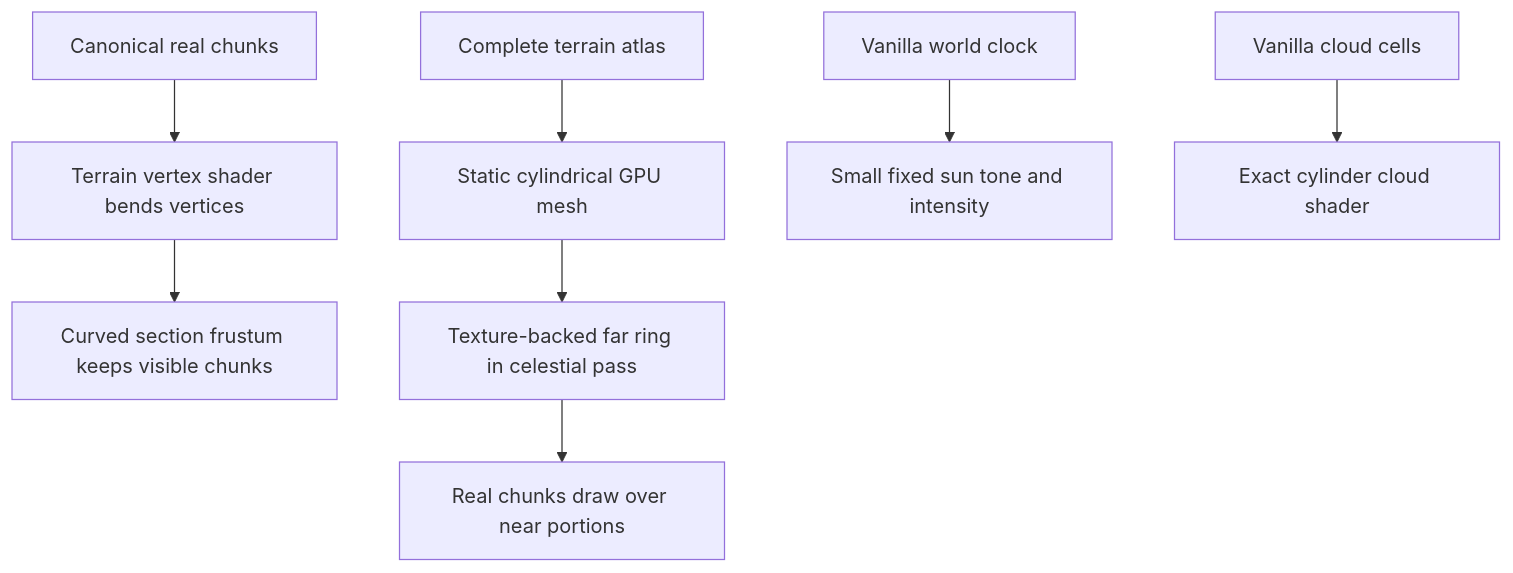
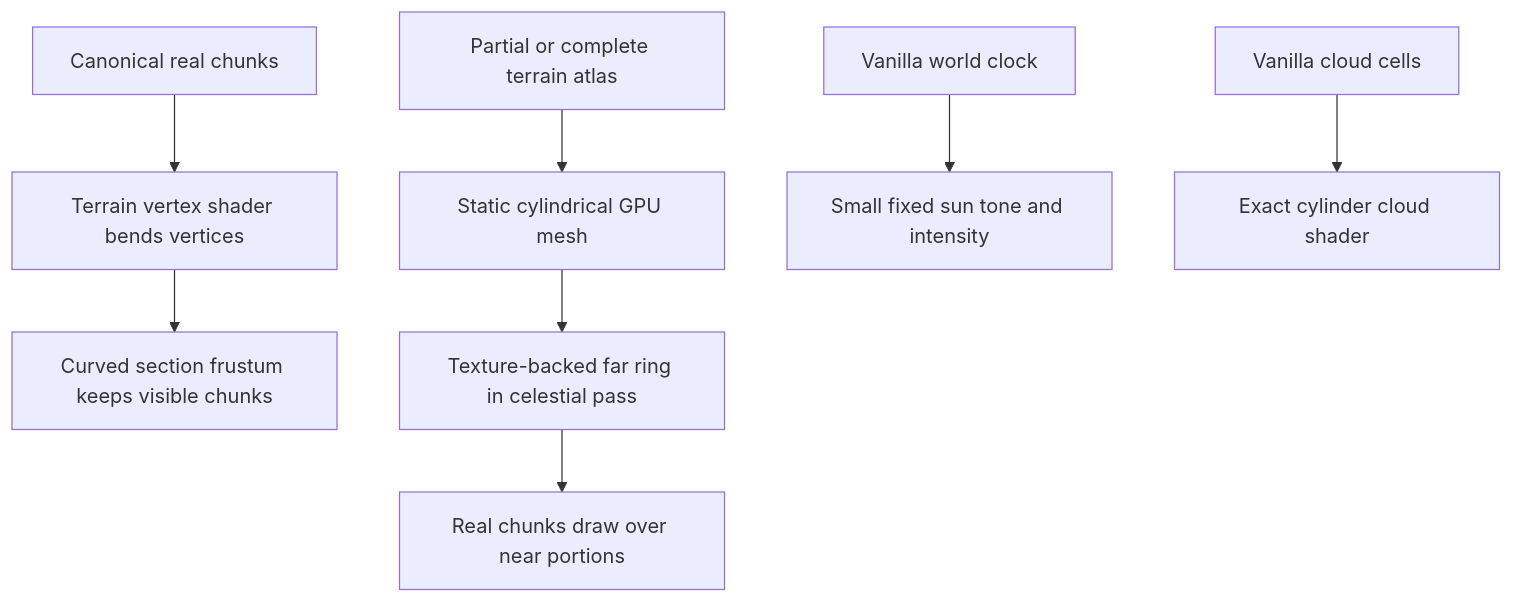
The diagram in docs/RENDERING.md (Delaser/RingWorld), drawn with Mermaid before and after one commit. The commit also changed other lines of this file and 16 other files, not shown here.

````diff
--- a/docs/RENDERING.md
+++ b/docs/RENDERING.md
@@ -12,10 +12,10 @@
 ```mermaid
 flowchart TD
     A["Canonical real chunks"] --> B["Terrain vertex shader bends vertices"]
     B --> C["Curved section frustum keeps visible chunks"]
-    D["Complete terrain atlas"] --> E["Static cylindrical GPU mesh"]
+    D["Partial or complete terrain atlas"] --> E["Static cylindrical GPU mesh"]
     E --> F["Texture-backed far ring in celestial pass"]
     F --> G["Real chunks draw over near portions"]
     I["Vanilla world clock"] --> J["Small fixed sun tone and intensity"]
     K["Vanilla cloud cells"] --> L["Exact cylinder cloud shader"]
 ```
````
